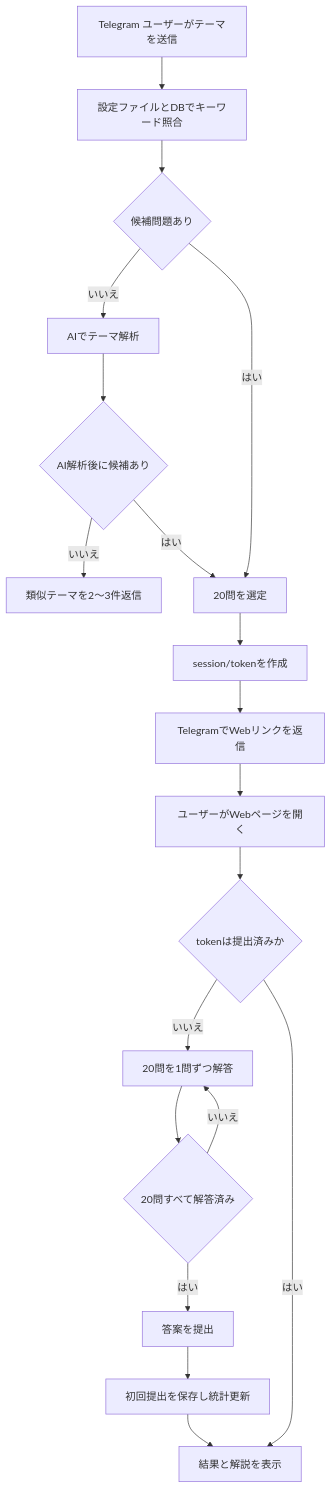
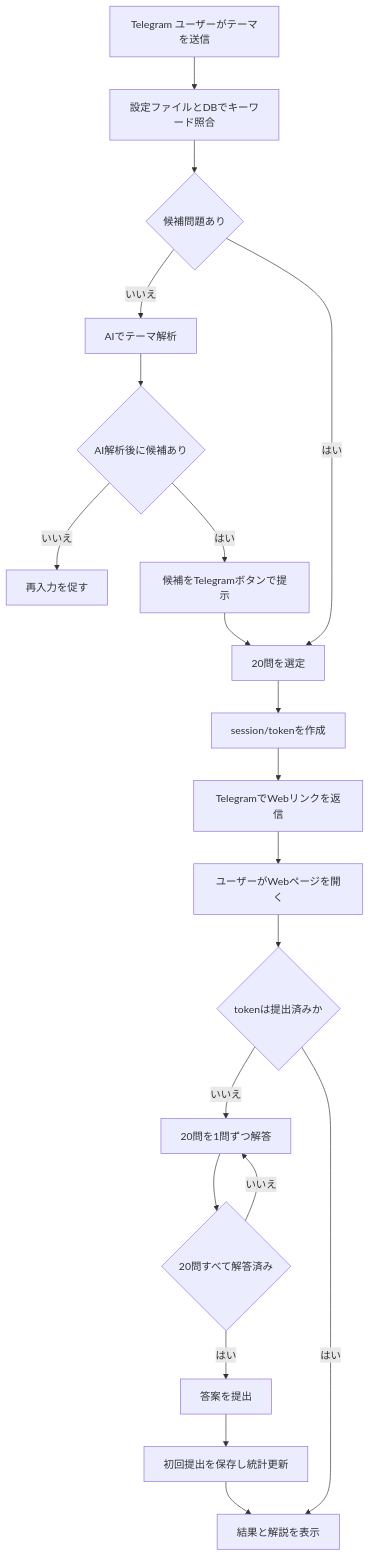
Before and after one commit to zcorw/fe-siken-quiz-bot: the diagram in docs/USER_FLOW.md, drawn with Mermaid. The commit also changed other lines of this file and 4 other files, not shown here.

Commit message:
docs: align category scope selection flow

````diff
--- a/docs/USER_FLOW.md
+++ b/docs/USER_FLOW.md
@@ -48,21 +49,22 @@
 ```mermaid
 flowchart TD
     A["Telegram ユーザーがテーマを送信"] --> B["設定ファイルとDBでキーワード照合"]
     B --> C{"候補問題あり"}
     C -- "いいえ" --> D["AIでテーマ解析"]
     D --> E{"AI解析後に候補あり"}
-    E -- "いいえ" --> F["類似テーマを2〜3件返信"]
+    E -- "いいえ" --> F["再入力を促す"]
+    E -- "はい" --> Q["候補をTelegramボタンで提示"]
+    Q --> G
     C -- "はい" --> G["20問を選定"]
-    E -- "はい" --> G
     G --> H["session/tokenを作成"]
     H --> I["TelegramでWebリンクを返信"]
     I --> J["ユーザーがWebページを開く"]
     J --> K{"tokenは提出済みか"}
     K -- "いいえ" --> L["20問を1問ずつ解答"]
     L --> M{"20問すべて解答済み"}
     M -- "いいえ" --> L
     M -- "はい" --> N["答案を提出"]
     N --> O["初回提出を保存し統計更新"]
     O --> P["結果と解説を表示"]
     K -- "はい" --> P
 ```
````
